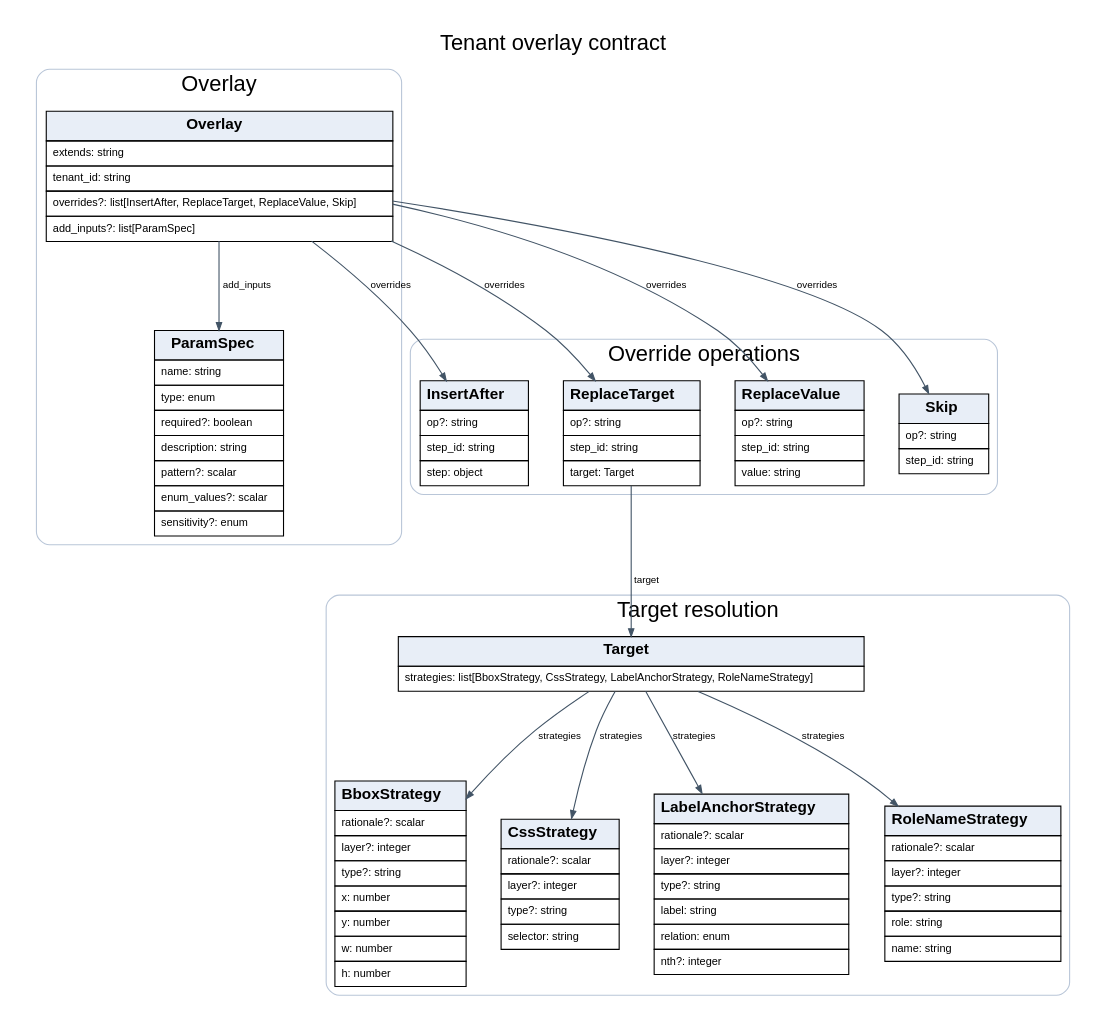
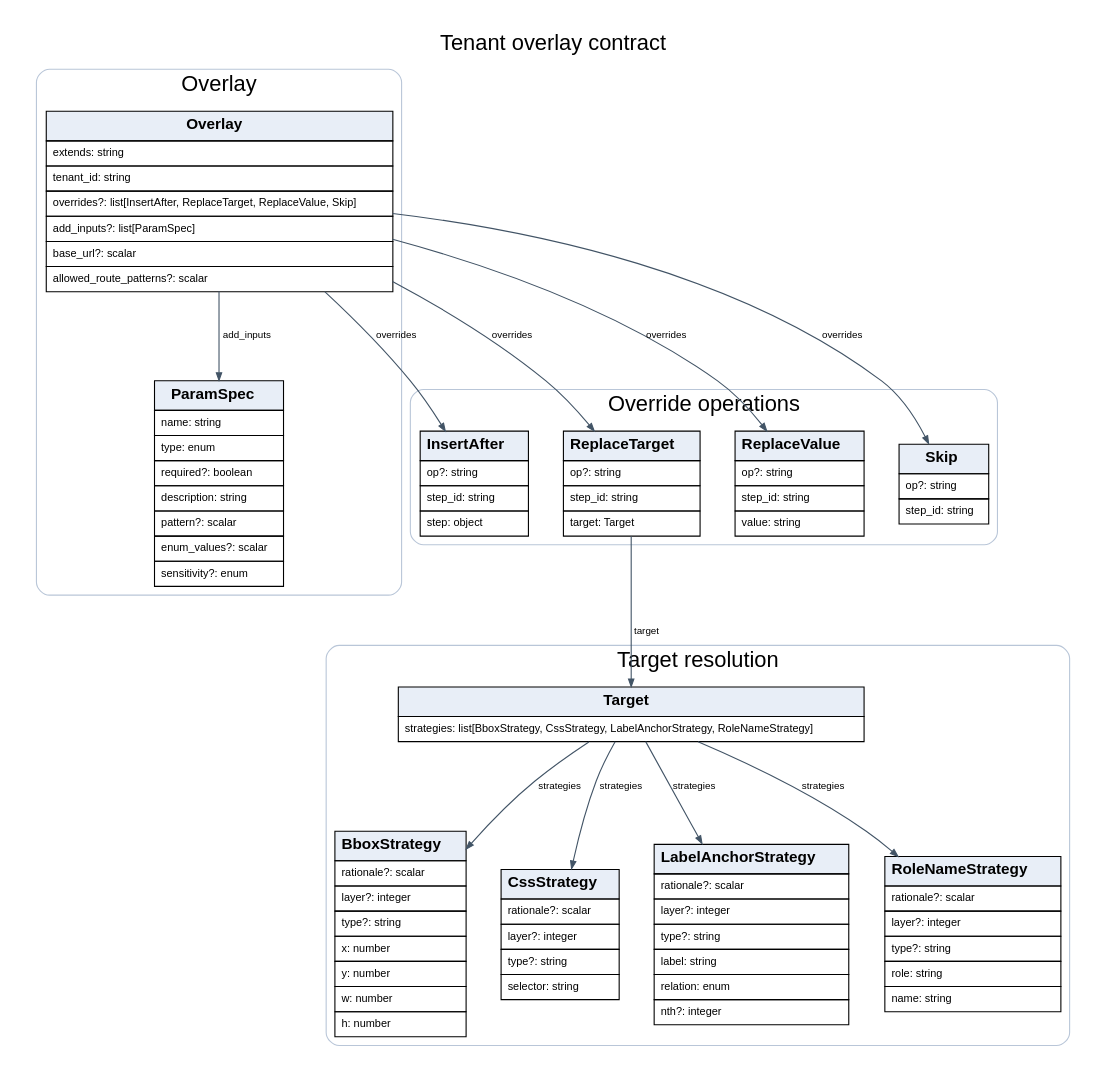
One commit to jingpeng7527/computer_use_automation changed the diagram in docs/schema/overlay-contract.dot. Above: the diagram before and after it, drawn with Graphviz. The commit also changed 23 other files, not shown here.

```diff
--- a/docs/schema/overlay-contract.dot
+++ b/docs/schema/overlay-contract.dot
@@ -1,36 +1,36 @@
 digraph schema {
   graph [rankdir=TB, bgcolor="#ffffff", pad="0.25", nodesep="0.45", ranksep="1.0", fontname="Helvetica"];
   node [shape=plain, fontname="Helvetica"];
   edge [color="#425466", fontname="Helvetica", fontsize=9, arrowsize=0.7];
   labelloc="t"; label="Tenant overlay contract"; fontsize=20; fontname="Helvetica";
   subgraph cluster_0 {
     label="Target resolution"; color="#b9c6d8"; penwidth=1; style="rounded";
     "BboxStrategy" [label=<<TABLE BGCOLOR="#ffffff" BORDER="0" CELLBORDER="1" CELLSPACING="0" CELLPADDING="5"><TR><TD BGCOLOR="#e8eef7"><B>BboxStrategy</B></TD></TR><TR><TD ALIGN="LEFT"><FONT POINT-SIZE="10">rationale?: scalar</FONT></TD></TR><TR><TD ALIGN="LEFT"><FONT POINT-SIZE="10">layer?: integer</FONT></TD></TR><TR><TD ALIGN="LEFT"><FONT POINT-SIZE="10">type?: string</FONT></TD></TR><TR><TD ALIGN="LEFT"><FONT POINT-SIZE="10">x: number</FONT></TD></TR><TR><TD ALIGN="LEFT"><FONT POINT-SIZE="10">y: number</FONT></TD></TR><TR><TD ALIGN="LEFT"><FONT POINT-SIZE="10">w: number</FONT></TD></TR><TR><TD ALIGN="LEFT"><FONT POINT-SIZE="10">h: number</FONT></TD></TR></TABLE>>];
     "CssStrategy" [label=<<TABLE BGCOLOR="#ffffff" BORDER="0" CELLBORDER="1" CELLSPACING="0" CELLPADDING="5"><TR><TD BGCOLOR="#e8eef7"><B>CssStrategy</B></TD></TR><TR><TD ALIGN="LEFT"><FONT POINT-SIZE="10">rationale?: scalar</FONT></TD></TR><TR><TD ALIGN="LEFT"><FONT POINT-SIZE="10">layer?: integer</FONT></TD></TR><TR><TD ALIGN="LEFT"><FONT POINT-SIZE="10">type?: string</FONT></TD></TR><TR><TD ALIGN="LEFT"><FONT POINT-SIZE="10">selector: string</FONT></TD></TR></TABLE>>];
     "LabelAnchorStrategy" [label=<<TABLE BGCOLOR="#ffffff" BORDER="0" CELLBORDER="1" CELLSPACING="0" CELLPADDING="5"><TR><TD BGCOLOR="#e8eef7"><B>LabelAnchorStrategy</B></TD></TR><TR><TD ALIGN="LEFT"><FONT POINT-SIZE="10">rationale?: scalar</FONT></TD></TR><TR><TD ALIGN="LEFT"><FONT POINT-SIZE="10">layer?: integer</FONT></TD></TR><TR><TD ALIGN="LEFT"><FONT POINT-SIZE="10">type?: string</FONT></TD></TR><TR><TD ALIGN="LEFT"><FONT POINT-SIZE="10">label: string</FONT></TD></TR><TR><TD ALIGN="LEFT"><FONT POINT-SIZE="10">relation: enum</FONT></TD></TR><TR><TD ALIGN="LEFT"><FONT POINT-SIZE="10">nth?: integer</FONT></TD></TR></TABLE>>];
     "RoleNameStrategy" [label=<<TABLE BGCOLOR="#ffffff" BORDER="0" CELLBORDER="1" CELLSPACING="0" CELLPADDING="5"><TR><TD BGCOLOR="#e8eef7"><B>RoleNameStrategy</B></TD></TR><TR><TD ALIGN="LEFT"><FONT POINT-SIZE="10">rationale?: scalar</FONT></TD></TR><TR><TD ALIGN="LEFT"><FONT POINT-SIZE="10">layer?: integer</FONT></TD></TR><TR><TD ALIGN="LEFT"><FONT POINT-SIZE="10">type?: string</FONT></TD></TR><TR><TD ALIGN="LEFT"><FONT POINT-SIZE="10">role: string</FONT></TD></TR><TR><TD ALIGN="LEFT"><FONT POINT-SIZE="10">name: string</FONT></TD></TR></TABLE>>];
     "Target" [label=<<TABLE BGCOLOR="#ffffff" BORDER="0" CELLBORDER="1" CELLSPACING="0" CELLPADDING="5"><TR><TD BGCOLOR="#e8eef7"><B>Target</B></TD></TR><TR><TD ALIGN="LEFT"><FONT POINT-SIZE="10">strategies: list[BboxStrategy, CssStrategy, LabelAnchorStrategy, RoleNameStrategy]</FONT></TD></TR></TABLE>>];
   }
   subgraph cluster_1 {
     label="Override operations"; color="#b9c6d8"; penwidth=1; style="rounded";
     "InsertAfter" [label=<<TABLE BGCOLOR="#ffffff" BORDER="0" CELLBORDER="1" CELLSPACING="0" CELLPADDING="5"><TR><TD BGCOLOR="#e8eef7"><B>InsertAfter</B></TD></TR><TR><TD ALIGN="LEFT"><FONT POINT-SIZE="10">op?: string</FONT></TD></TR><TR><TD ALIGN="LEFT"><FONT POINT-SIZE="10">step_id: string</FONT></TD></TR><TR><TD ALIGN="LEFT"><FONT POINT-SIZE="10">step: object</FONT></TD></TR></TABLE>>];
     "ReplaceTarget" [label=<<TABLE BGCOLOR="#ffffff" BORDER="0" CELLBORDER="1" CELLSPACING="0" CELLPADDING="5"><TR><TD BGCOLOR="#e8eef7"><B>ReplaceTarget</B></TD></TR><TR><TD ALIGN="LEFT"><FONT POINT-SIZE="10">op?: string</FONT></TD></TR><TR><TD ALIGN="LEFT"><FONT POINT-SIZE="10">step_id: string</FONT></TD></TR><TR><TD ALIGN="LEFT"><FONT POINT-SIZE="10">target: Target</FONT></TD></TR></TABLE>>];
     "ReplaceValue" [label=<<TABLE BGCOLOR="#ffffff" BORDER="0" CELLBORDER="1" CELLSPACING="0" CELLPADDING="5"><TR><TD BGCOLOR="#e8eef7"><B>ReplaceValue</B></TD></TR><TR><TD ALIGN="LEFT"><FONT POINT-SIZE="10">op?: string</FONT></TD></TR><TR><TD ALIGN="LEFT"><FONT POINT-SIZE="10">step_id: string</FONT></TD></TR><TR><TD ALIGN="LEFT"><FONT POINT-SIZE="10">value: string</FONT></TD></TR></TABLE>>];
     "Skip" [label=<<TABLE BGCOLOR="#ffffff" BORDER="0" CELLBORDER="1" CELLSPACING="0" CELLPADDING="5"><TR><TD BGCOLOR="#e8eef7"><B>Skip</B></TD></TR><TR><TD ALIGN="LEFT"><FONT POINT-SIZE="10">op?: string</FONT></TD></TR><TR><TD ALIGN="LEFT"><FONT POINT-SIZE="10">step_id: string</FONT></TD></TR></TABLE>>];
   }
   subgraph cluster_2 {
     label="Overlay"; color="#b9c6d8"; penwidth=1; style="rounded";
-    "Overlay" [label=<<TABLE BGCOLOR="#ffffff" BORDER="0" CELLBORDER="1" CELLSPACING="0" CELLPADDING="5"><TR><TD BGCOLOR="#e8eef7"><B>Overlay</B></TD></TR><TR><TD ALIGN="LEFT"><FONT POINT-SIZE="10">extends: string</FONT></TD></TR><TR><TD ALIGN="LEFT"><FONT POINT-SIZE="10">tenant_id: string</FONT></TD></TR><TR><TD ALIGN="LEFT"><FONT POINT-SIZE="10">overrides?: list[InsertAfter, ReplaceTarget, ReplaceValue, Skip]</FONT></TD></TR><TR><TD ALIGN="LEFT"><FONT POINT-SIZE="10">add_inputs?: list[ParamSpec]</FONT></TD></TR></TABLE>>];
+    "Overlay" [label=<<TABLE BGCOLOR="#ffffff" BORDER="0" CELLBORDER="1" CELLSPACING="0" CELLPADDING="5"><TR><TD BGCOLOR="#e8eef7"><B>Overlay</B></TD></TR><TR><TD ALIGN="LEFT"><FONT POINT-SIZE="10">extends: string</FONT></TD></TR><TR><TD ALIGN="LEFT"><FONT POINT-SIZE="10">tenant_id: string</FONT></TD></TR><TR><TD ALIGN="LEFT"><FONT POINT-SIZE="10">overrides?: list[InsertAfter, ReplaceTarget, ReplaceValue, Skip]</FONT></TD></TR><TR><TD ALIGN="LEFT"><FONT POINT-SIZE="10">add_inputs?: list[ParamSpec]</FONT></TD></TR><TR><TD ALIGN="LEFT"><FONT POINT-SIZE="10">base_url?: scalar</FONT></TD></TR><TR><TD ALIGN="LEFT"><FONT POINT-SIZE="10">allowed_route_patterns?: scalar</FONT></TD></TR></TABLE>>];
     "ParamSpec" [label=<<TABLE BGCOLOR="#ffffff" BORDER="0" CELLBORDER="1" CELLSPACING="0" CELLPADDING="5"><TR><TD BGCOLOR="#e8eef7"><B>ParamSpec</B></TD></TR><TR><TD ALIGN="LEFT"><FONT POINT-SIZE="10">name: string</FONT></TD></TR><TR><TD ALIGN="LEFT"><FONT POINT-SIZE="10">type: enum</FONT></TD></TR><TR><TD ALIGN="LEFT"><FONT POINT-SIZE="10">required?: boolean</FONT></TD></TR><TR><TD ALIGN="LEFT"><FONT POINT-SIZE="10">description: string</FONT></TD></TR><TR><TD ALIGN="LEFT"><FONT POINT-SIZE="10">pattern?: scalar</FONT></TD></TR><TR><TD ALIGN="LEFT"><FONT POINT-SIZE="10">enum_values?: scalar</FONT></TD></TR><TR><TD ALIGN="LEFT"><FONT POINT-SIZE="10">sensitivity?: enum</FONT></TD></TR></TABLE>>];
   }
   "Overlay" -> "InsertAfter" [label="overrides"];
   "Overlay" -> "ReplaceTarget" [label="overrides"];
   "Overlay" -> "ReplaceValue" [label="overrides"];
   "Overlay" -> "Skip" [label="overrides"];
   "Overlay" -> "ParamSpec" [label="add_inputs"];
   "ReplaceTarget" -> "Target" [label="target"];
   "Target" -> "BboxStrategy" [label="strategies"];
   "Target" -> "CssStrategy" [label="strategies"];
   "Target" -> "LabelAnchorStrategy" [label="strategies"];
   "Target" -> "RoleNameStrategy" [label="strategies"];
 }
```
